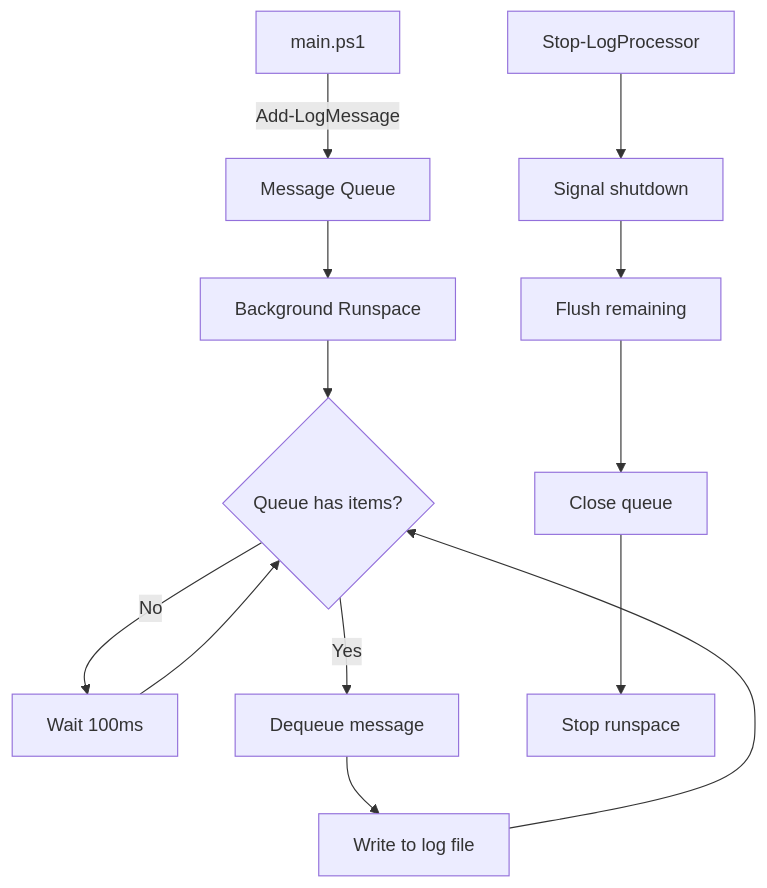
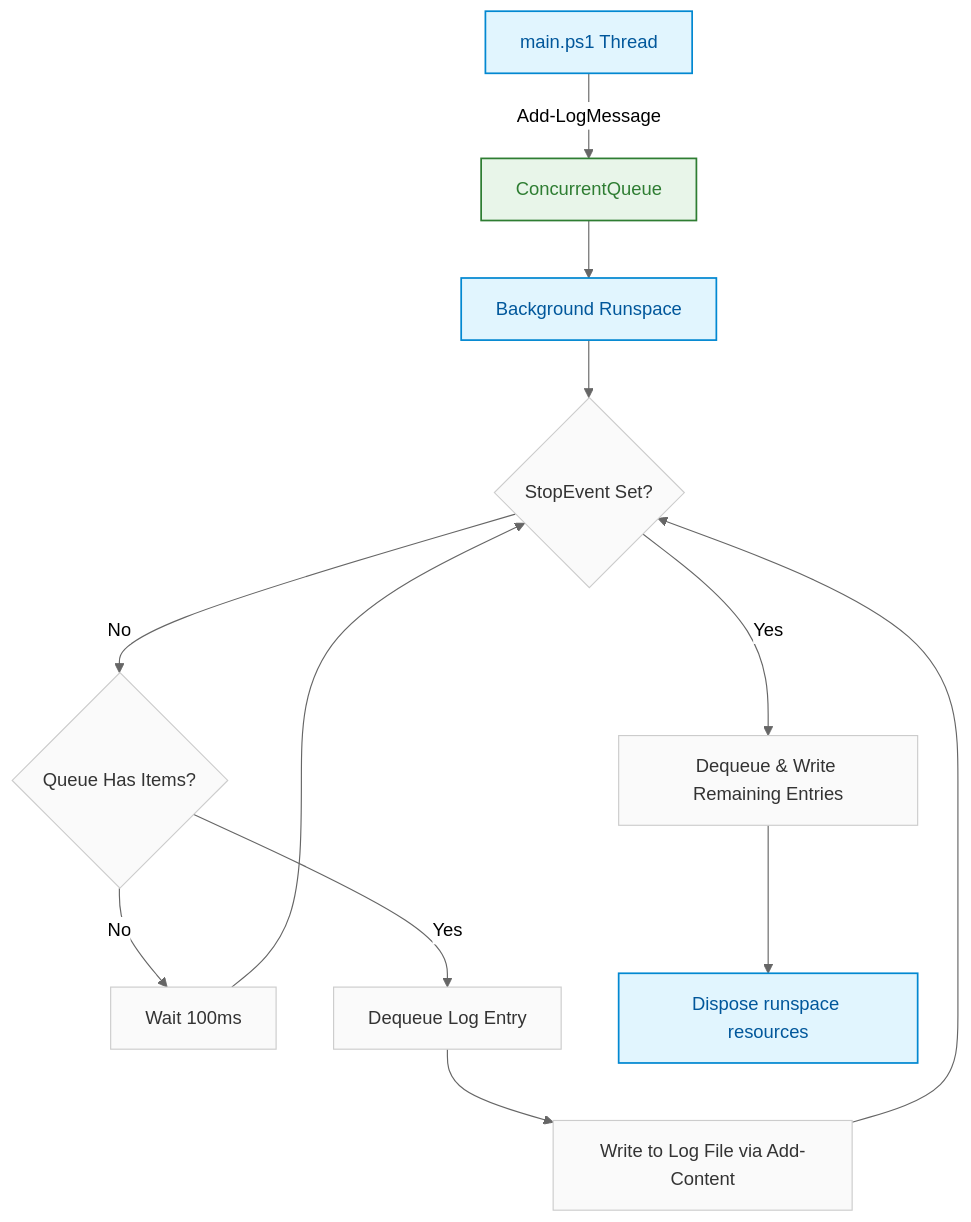
The tenth of 14 diagrams in docs/design/FLOWCHARTS.md (epuckop/shiny-pancake), drawn with Mermaid before and after one commit. The commit also changed other lines of this file and 11 other files, not shown here.

First line of the commit message:
Finalize docs, add JSON schema, rename entry script to main.ps1

````diff
--- a/docs/design/FLOWCHARTS.md
+++ b/docs/design/FLOWCHARTS.md
@@ -239,15 +367,26 @@
 ```mermaid
+%%{init: {'theme': 'neutral', 'themeVariables': { 'fontFamily': 'Segoe UI, system-ui, -apple-system, sans-serif' }}}%%
 flowchart TD
-    A[main.ps1] -->|Add-LogMessage| B[Message Queue]
+    classDef default fill:#fafafa,stroke:#ccc,stroke-width:1px,color:#333;
+    classDef thread fill:#e1f5fe,stroke:#0288d1,stroke-width:1.5px,color:#01579b;
+    classDef queue fill:#e8f5e9,stroke:#2e7d32,stroke-width:1.5px,color:#2e7d32;
+
+    A[main.ps1 Thread] -->|Add-LogMessage| B[ConcurrentQueue]
     B --> C[Background Runspace]
-    C --> D{Queue has items?}
-    D -->|No| E[Wait 100ms]
-    E --> D
-    D -->|Yes| F[Dequeue message]
-    F --> G[Write to log file]
-    G --> D
-    H[Stop-LogProcessor] --> I[Signal shutdown]
-    I --> J[Flush remaining]
-    J --> K[Close queue]
-    K --> L[Stop runspace]
+    
+    C --> D{StopEvent Set?}
+    D -->|No| E{Queue Has Items?}
+    E -->|No| F[Wait 100ms]
+    F --> D
+    
+    E -->|Yes| G[Dequeue Log Entry]
+    G --> H[Write to Log File via Add-Content]
+    H --> D
+    
+    D -->|Yes| I[Dequeue & Write Remaining Entries]
+    I --> J[Dispose runspace resources]
+
+    class A thread;
+    class B queue;
+    class C,J thread;
 ```
````
